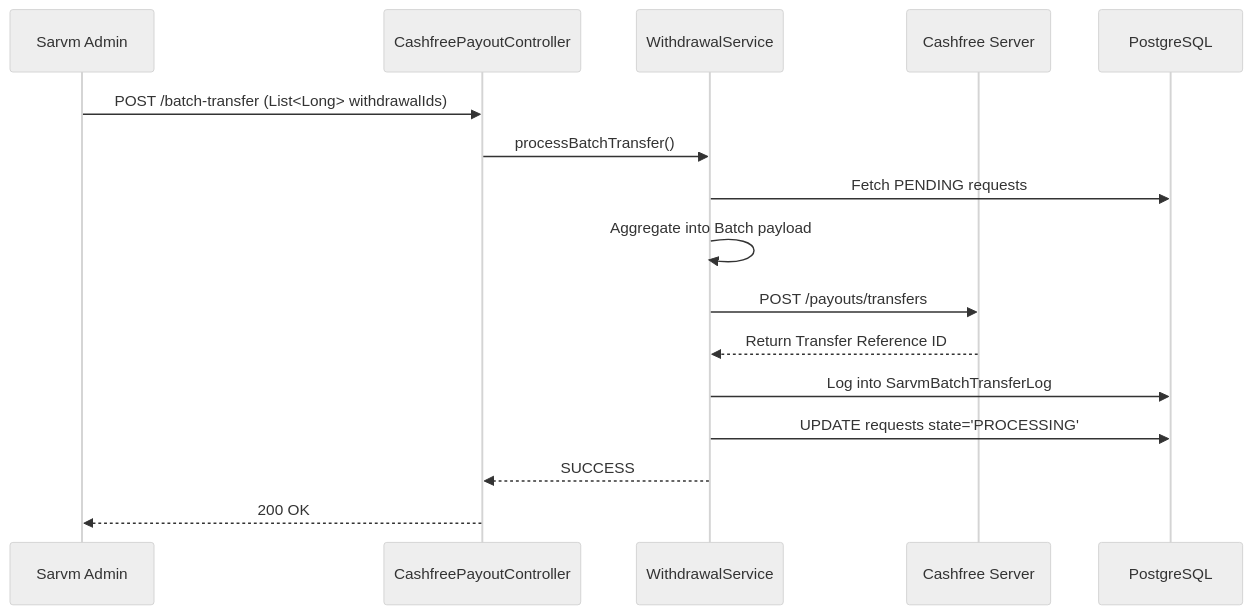
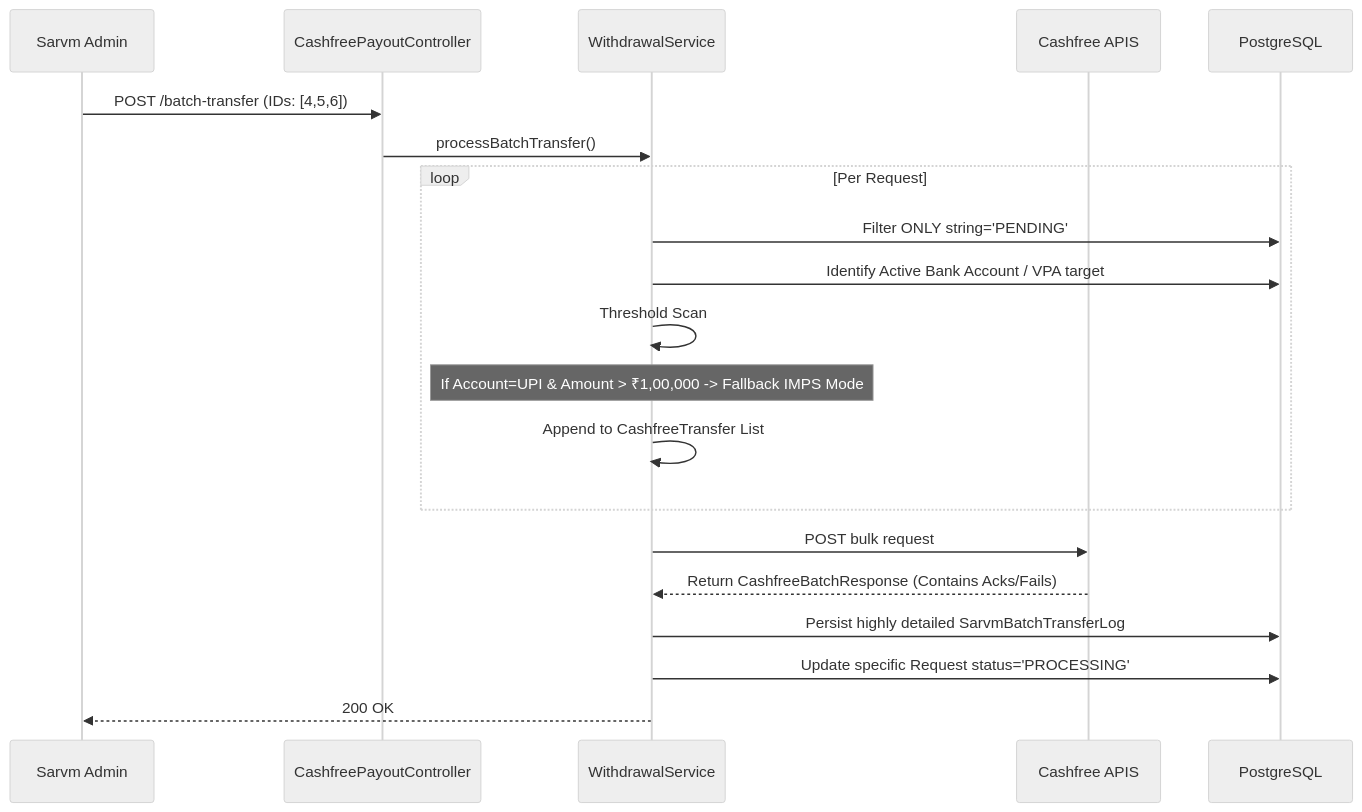
One commit to Omkar7840/eco changed the third of 4 diagrams in README.md. Above: the diagram before and after it, drawn with Mermaid (neutral theme). The commit also changed other lines of this file, not shown here.

````diff
--- a/README.md
+++ b/README.md
@@ -76,19 +101,26 @@
 ```mermaid
 sequenceDiagram
     participant Admin as Sarvm Admin
     participant PC as CashfreePayoutController
     participant S as WithdrawalService
-    participant CF as Cashfree Server
+    participant CF as Cashfree APIS
     participant DB as PostgreSQL
 
-    Admin->>PC: POST /batch-transfer (List<Long> withdrawalIds)
+    Admin->>PC: POST /batch-transfer (IDs: [4,5,6])
     PC->>S: processBatchTransfer()
-    S->>DB: Fetch PENDING requests
-    S->>S: Aggregate into Batch payload
-    S->>CF: POST /payouts/transfers
-    CF-->>S: Return Transfer Reference ID
-    S->>DB: Log into SarvmBatchTransferLog
-    S->>DB: UPDATE requests state='PROCESSING'
-    S-->>PC: SUCCESS
-    PC-->>Admin: 200 OK
+    
+    loop Per Request
+        S->>DB: Filter ONLY string='PENDING'
+        S->>DB: Identify Active Bank Account / VPA target
+        S->>S: Threshold Scan
+        Note over S: If Account=UPI & Amount > ₹1,00,000 -> Fallback IMPS Mode
+        S->>S: Append to CashfreeTransfer List
+    end
+    
+    S->>CF: POST bulk request
+    CF-->>S: Return CashfreeBatchResponse (Contains Acks/Fails)
+    
+    S->>DB: Persist highly detailed SarvmBatchTransferLog
+    S->>DB: Update specific Request status='PROCESSING'
+    S-->>Admin: 200 OK
 ```
````
